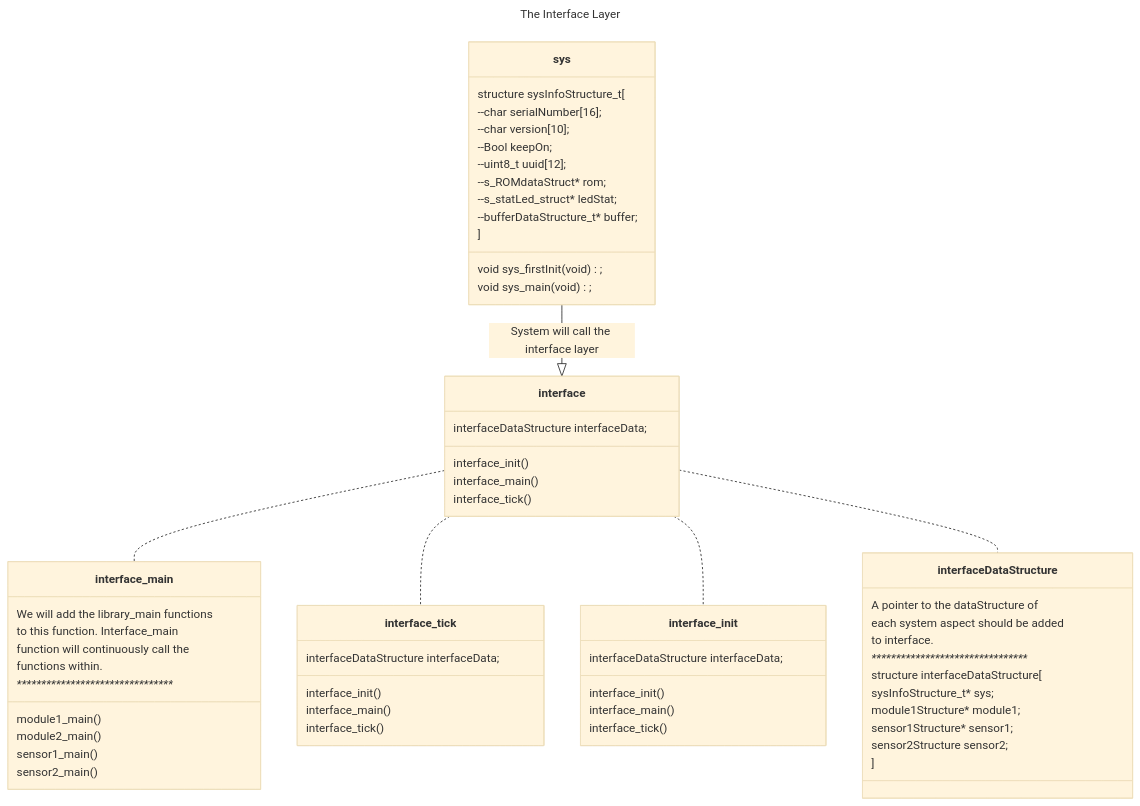
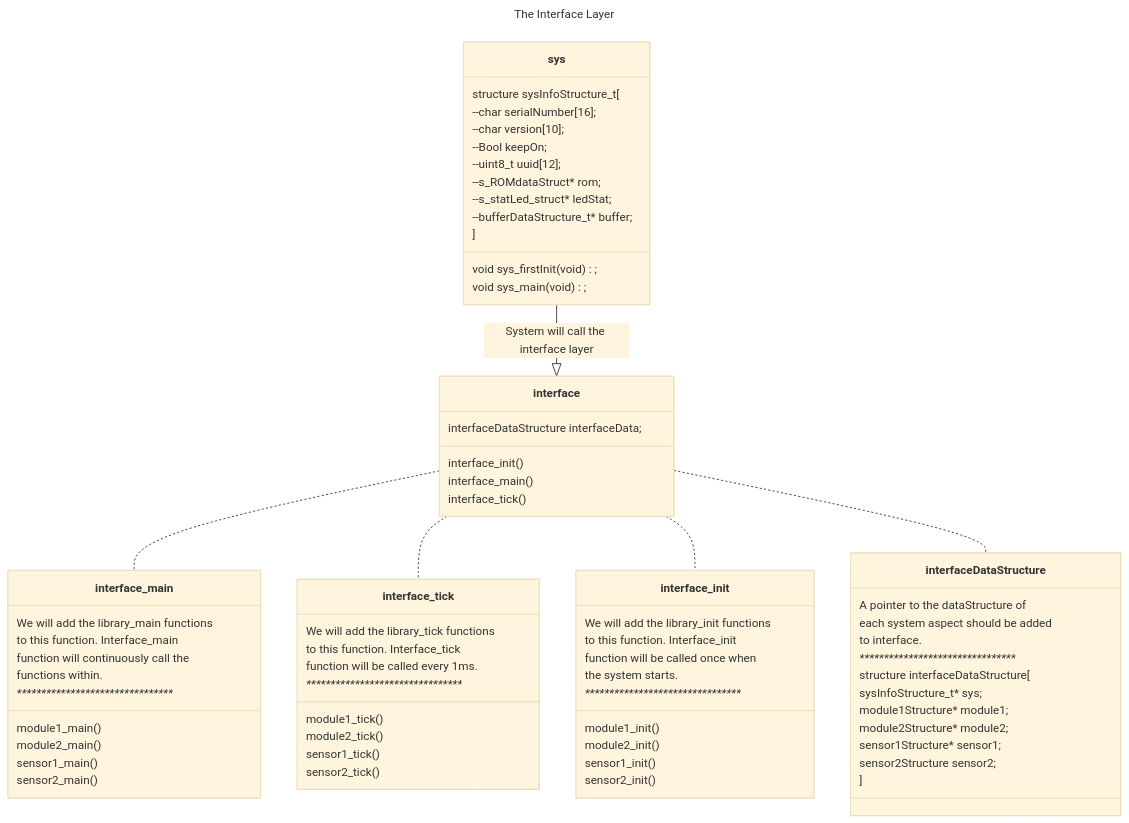
The fifth of 6 diagrams in README.md (poriathegreat/MicroKernel), drawn with Mermaid (base theme) before and after one commit.

```diff
--- a/README.md
+++ b/README.md
@@ -397,17 +397,26 @@
 }
 
 class interface_init{
-    interfaceDataStructure interfaceData;
-    interface_init()
-    interface_main()
-    interface_tick()
+We will add the library_init functions
+to this function. Interface_init
+function will be called once when
+the system starts.  
+*********************************
+    module1_init()
+    module2_init()
+    sensor1_init()
+    sensor2_init()
 }
 
 class interface_tick{
-    interfaceDataStructure interfaceData;
-    interface_init()
-    interface_main()
-    interface_tick()
+We will add the library_tick functions
+to this function. Interface_tick
+function will be called every 1ms.  
+*********************************
+    module1_tick()
+    module2_tick()
+    sensor1_tick()
+    sensor2_tick()
 }
 
 
@@ -421,6 +430,7 @@
     structure interfaceDataStructure[
     sysInfoStructure_t* sys;
     module1Structure*   module1;
+    module2Structure*   module2;
     sensor1Structure*   sensor1;
     sensor2Structure    sensor2;
 ]
```
